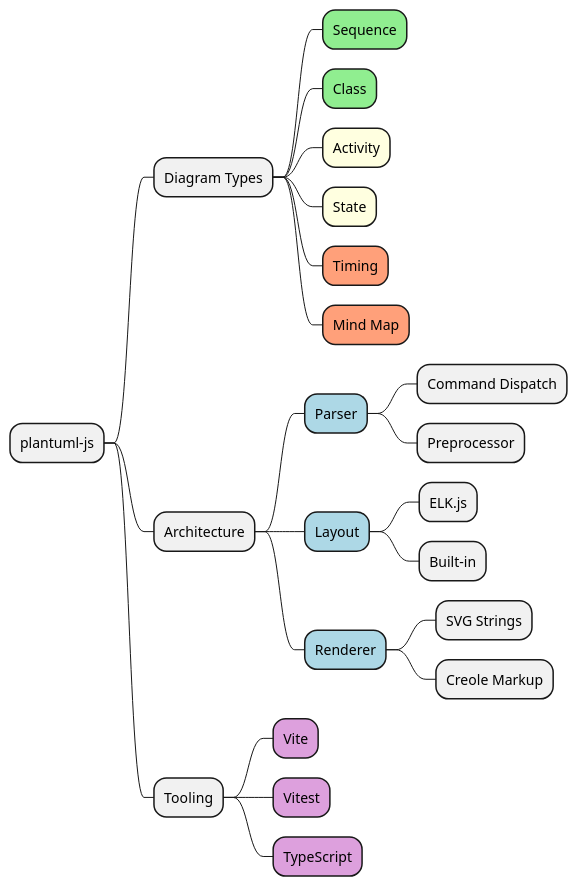
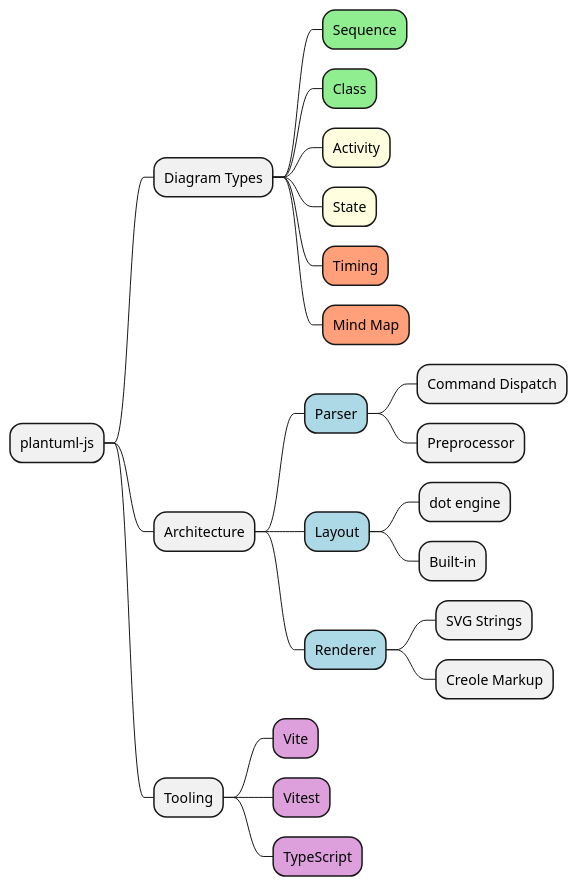
One commit to sseely/plantuml-ts changed the ninth of 11 diagrams in planning/demo-app.md. Above: the diagram before and after it, drawn with PlantUML. The commit also changed other lines of this file and 25 other files, not shown here.

First line of the commit message:
feat: multi-diagram rendering improvements and layout fixes

````diff
--- a/planning/demo-app.md
+++ b/planning/demo-app.md
@@ -353,26 +353,26 @@
 ```plantuml
 @startmindmap
 * plantuml-js
 ** Diagram Types
 ***[#lightgreen] Sequence
 ***[#lightgreen] Class
 ***[#lightyellow] Activity
 ***[#lightyellow] State
 ***[#lightsalmon] Timing
 ***[#lightsalmon] Mind Map
 ** Architecture
 ***[#lightblue] Parser
 **** Command Dispatch
 **** Preprocessor
 ***[#lightblue] Layout
-**** ELK.js
+**** dot engine
 **** Built-in
 ***[#lightblue] Renderer
 **** SVG Strings
 **** Creole Markup
 ** Tooling
 ***[#plum] Vite
 ***[#plum] Vitest
 ***[#plum] TypeScript
 @endmindmap
 ```
````
